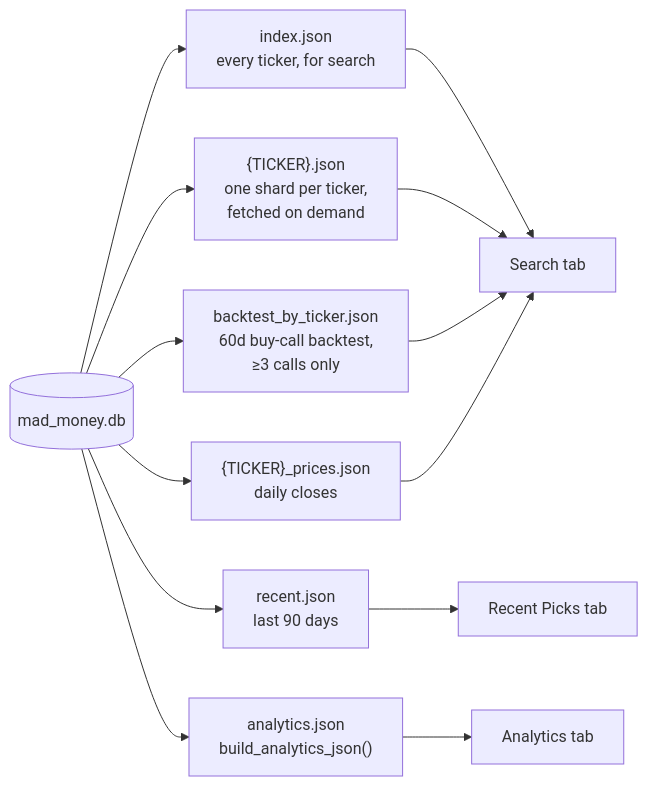
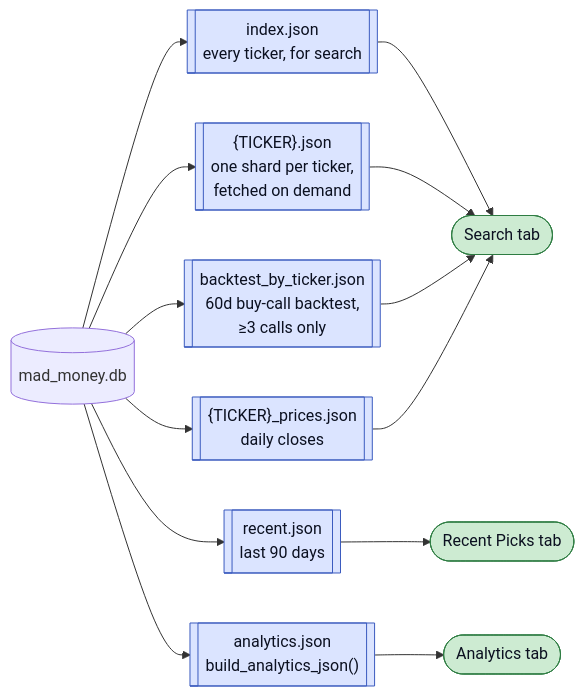
One commit to jf-silverman/yt-words changed the second of 3 diagrams in notes/data-flow.md. Above: the diagram before and after it, drawn with Mermaid. The commit also changed other lines of this file, not shown here.

Commit message:
data-flow: fix unreadable text in dark mode, add a legend
The store/output classDefs set a near-white fill but no text colour, so nodes
inherited the viewer's theme colour and rendered light-on-light for anyone
reading GitHub in dark mode. Every classDef now sets color: explicitly, and the
fills were darkened for contrast in light mode too.

The colours were meaningful but undocumented, so the diagram now carries a
legend, and the second and third diagrams use the same shapes and classes as
the first so it applies document-wide.

````diff
--- a/notes/data-flow.md
+++ b/notes/data-flow.md
@@ -78,16 +87,21 @@
 ```mermaid
 flowchart LR
-    DB[("mad_money.db")] --> IDX["index.json<br/>every ticker, for search"]
-    DB --> SH["{TICKER}.json<br/>one shard per ticker,<br/>fetched on demand"]
-    DB --> REC["recent.json<br/>last 90 days"]
-    DB --> ANLY["analytics.json<br/>build_analytics_json()"]
-    DB --> BT["backtest_by_ticker.json<br/>60d buy-call backtest,<br/>&ge;3 calls only"]
-    DB --> PR["{TICKER}_prices.json<br/>daily closes"]
+    DB[("mad_money.db")] --> IDX[["index.json<br/>every ticker, for search"]]
+    DB --> SH[["{TICKER}.json<br/>one shard per ticker,<br/>fetched on demand"]]
+    DB --> REC[["recent.json<br/>last 90 days"]]
+    DB --> ANLY[["analytics.json<br/>build_analytics_json()"]]
+    DB --> BT[["backtest_by_ticker.json<br/>60d buy-call backtest,<br/>&ge;3 calls only"]]
+    DB --> PR[["{TICKER}_prices.json<br/>daily closes"]]
 
-    IDX --> TAB1["Search tab"]
+    IDX --> TAB1(["Search tab"])
     SH --> TAB1
     BT --> TAB1
     PR --> TAB1
-    REC --> TAB2["Recent Picks tab"]
-    ANLY --> TAB3["Analytics tab"]
+    REC --> TAB2(["Recent Picks tab"])
+    ANLY --> TAB3(["Analytics tab"])
+
+    classDef store fill:#dbe4ff,stroke:#3b5bbf,stroke-width:1px,color:#0b1020
+    classDef out   fill:#cdebd2,stroke:#2f7d43,stroke-width:1px,color:#0b1020
+    class IDX,SH,REC,ANLY,BT,PR store
+    class TAB1,TAB2,TAB3 out
 ```
````
